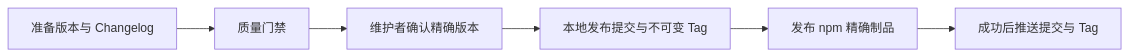
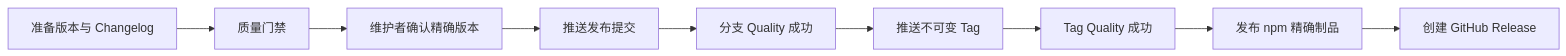
One commit to skillnull/AI-Tidu9 changed the second of 2 diagrams in docs/CONTRIBUTING.md. Above: the diagram before and after it, drawn with Mermaid. The commit also changed other lines of this file and 5 other files, not shown here.

Commit message:
fix(release): require remote quality before publish

````diff
--- a/docs/CONTRIBUTING.md
+++ b/docs/CONTRIBUTING.md
@@ -126,8 +126,11 @@
 ```mermaid
 flowchart LR
   Prepare[准备版本与 Changelog] --> Verify[质量门禁]
   Verify --> Confirm[维护者确认精确版本]
-  Confirm --> Tag[本地发布提交与不可变 Tag]
-  Tag --> NPM[发布 npm 精确制品]
-  NPM --> Push[成功后推送提交与 Tag]
+  Confirm --> Commit[推送发布提交]
+  Commit --> BranchCI[分支 Quality 成功]
+  BranchCI --> Tag[推送不可变 Tag]
+  Tag --> TagCI[Tag Quality 成功]
+  TagCI --> NPM[发布 npm 精确制品]
+  NPM --> Release[创建 GitHub Release]
 ```
````
